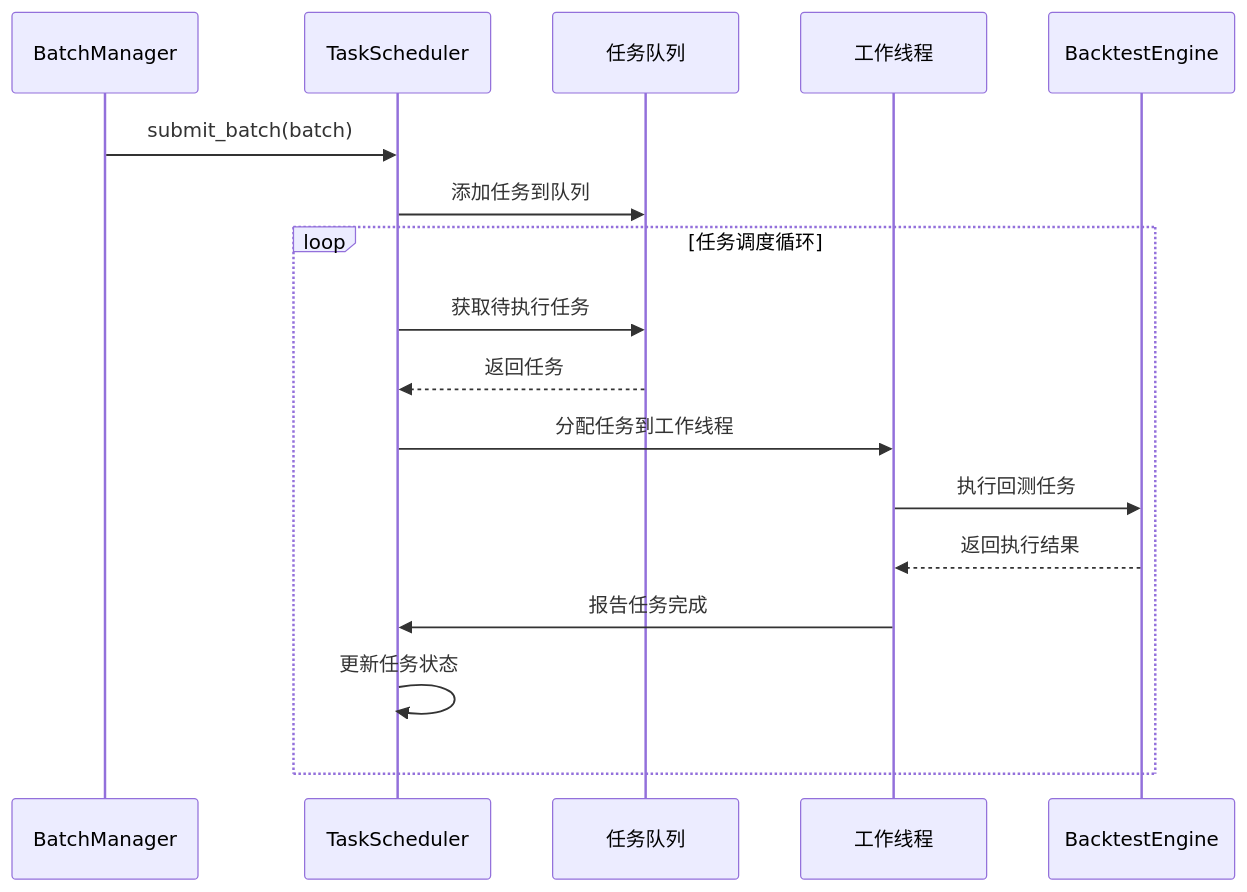
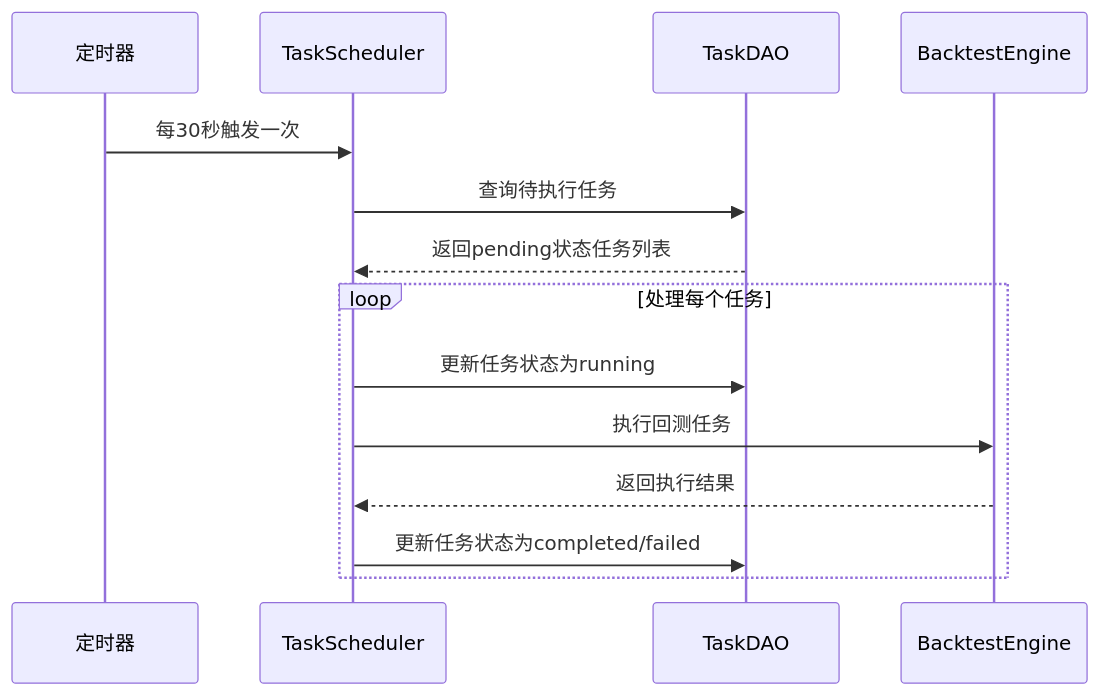
The third of 5 diagrams in docs/iteration-3-prediction-model/tasks_task_manager.md (Casper-Mars/qtrade), drawn with Mermaid before and after one commit. The commit also changed other lines of this file and 12 other files, not shown here.

````diff
--- a/docs/iteration-3-prediction-model/tasks_task_manager.md
+++ b/docs/iteration-3-prediction-model/tasks_task_manager.md
@@ -91,21 +88,17 @@
     ```mermaid
     sequenceDiagram
-        participant BM as BatchManager
-        participant Scheduler as TaskScheduler
-        participant Queue as 任务队列
-        participant Worker as 工作线程
+        participant Timer as 定时器
+        participant TS as TaskScheduler
+        participant DAO as TaskDAO
         participant BE as BacktestEngine
         
-        BM->>Scheduler: submit_batch(batch)
-        Scheduler->>Queue: 添加任务到队列
-        
-        loop 任务调度循环
-            Scheduler->>Queue: 获取待执行任务
-            Queue-->>Scheduler: 返回任务
-            Scheduler->>Worker: 分配任务到工作线程
-            Worker->>BE: 执行回测任务
-            BE-->>Worker: 返回执行结果
-            Worker->>Scheduler: 报告任务完成
-            Scheduler->>Scheduler: 更新任务状态
+        Timer->>TS: 每30秒触发一次
+        TS->>DAO: 查询待执行任务
+        DAO-->>TS: 返回pending状态任务列表
+        loop 处理每个任务
+            TS->>DAO: 更新任务状态为running
+            TS->>BE: 执行回测任务
+            BE-->>TS: 返回执行结果
+            TS->>DAO: 更新任务状态为completed/failed
         end
     ```
````
